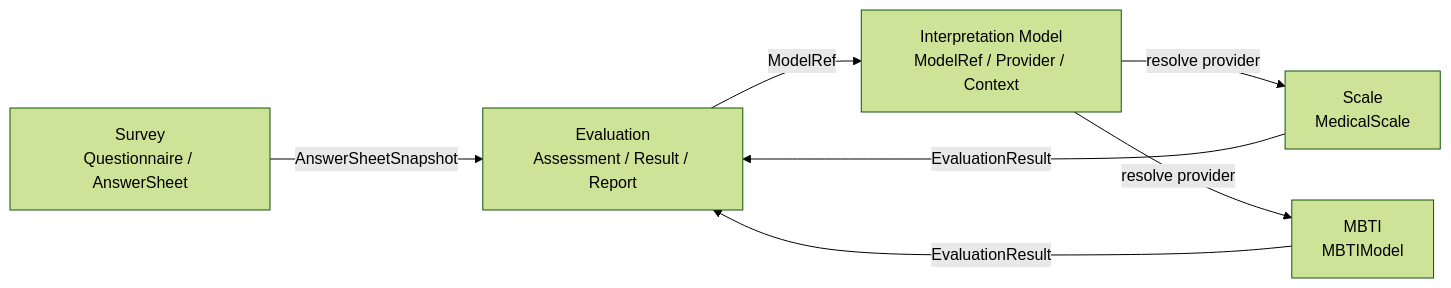
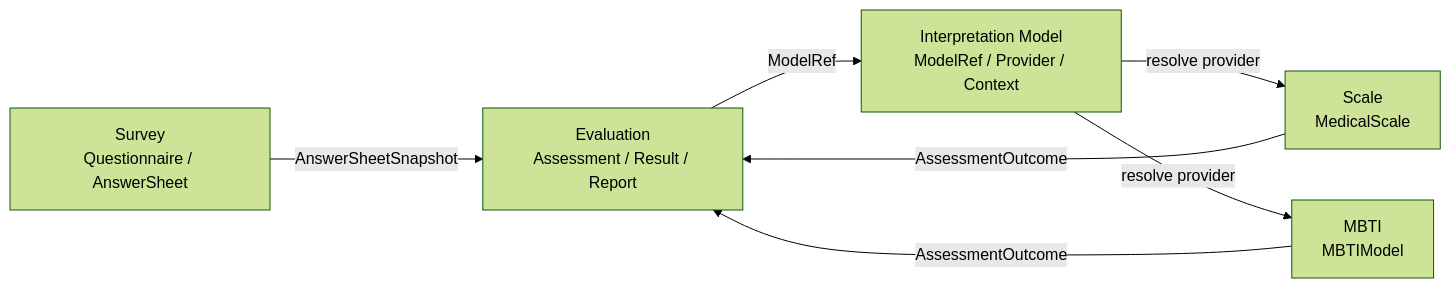
One commit to FangcunMount/qs-server changed the first of 2 diagrams in docs/02-业务模块/evaluation/README.md. Above: the diagram before and after it, drawn with Mermaid (forest theme). The commit also changed other lines of this file and 31 other files, not shown here.

````diff
--- a/docs/02-业务模块/evaluation/README.md
+++ b/docs/02-业务模块/evaluation/README.md
@@ -59,15 +73,15 @@
 ```mermaid
 flowchart LR
     Survey[Survey\nQuestionnaire / AnswerSheet]
     IM[Interpretation Model\nModelRef / Provider / Context]
     Scale[Scale\nMedicalScale]
     MBTI[MBTI\nMBTIModel]
     Eval[Evaluation\nAssessment / Result / Report]
 
     Survey -->|AnswerSheetSnapshot| Eval
     Eval -->|ModelRef| IM
     IM -->|resolve provider| Scale
     IM -->|resolve provider| MBTI
-    Scale -->|EvaluationResult| Eval
-    MBTI -->|EvaluationResult| Eval
+    Scale -->|AssessmentOutcome| Eval
+    MBTI -->|AssessmentOutcome| Eval
 ```
````
